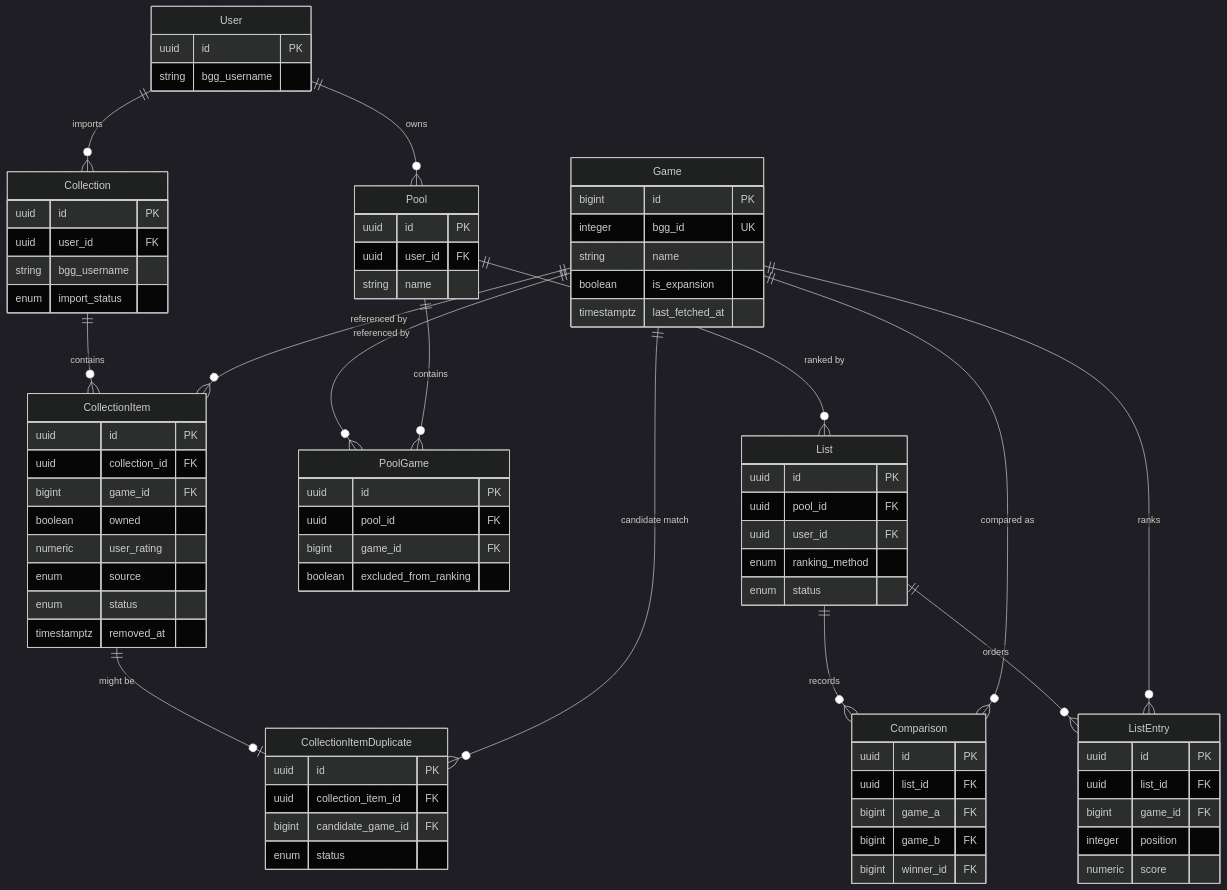
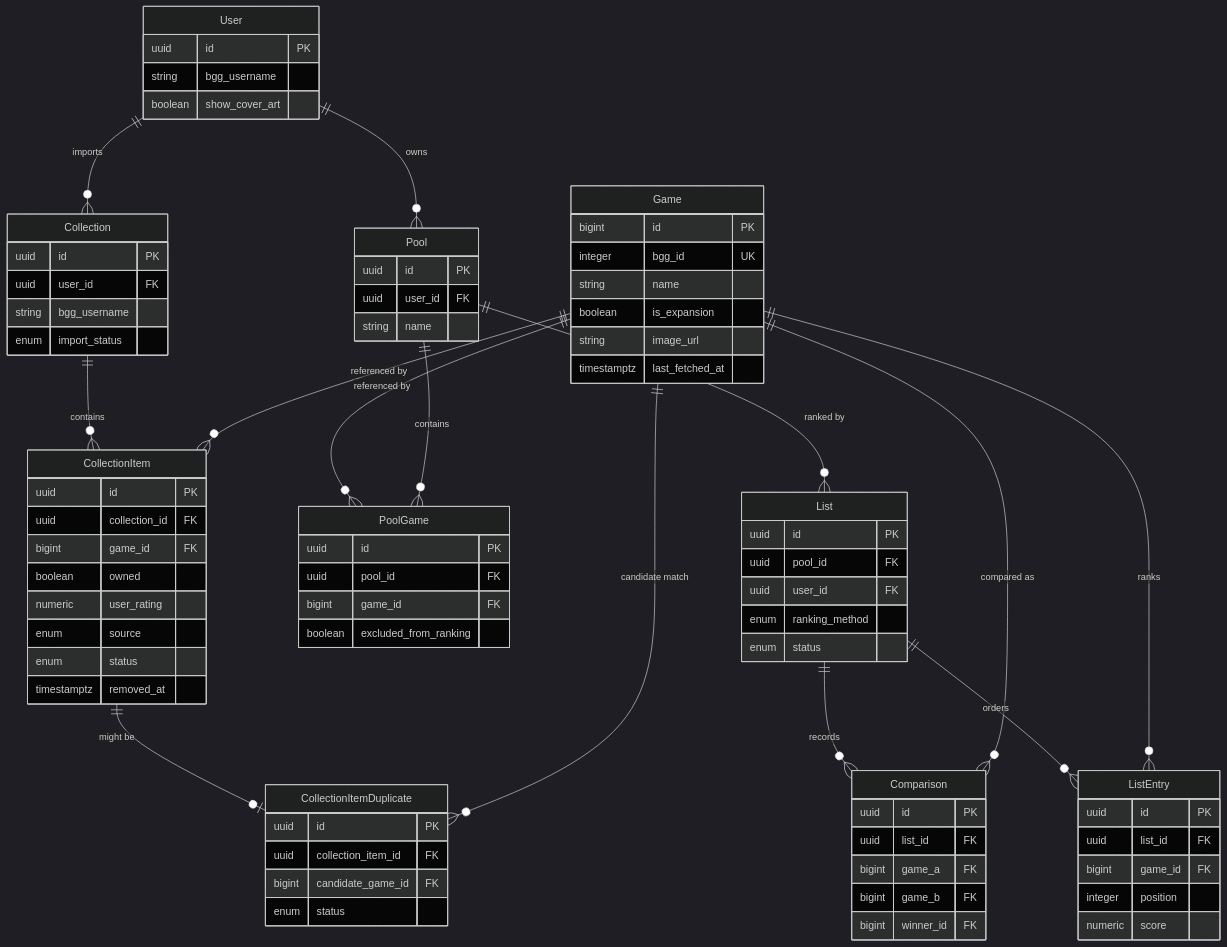
Before and after one commit to moui72/yet-another-rank-games: the first of 3 diagrams in README.md, drawn with Mermaid (dark theme). The commit also changed other lines of this file and 3 other files, not shown here.

First line of the commit message:
Post-ship follow-up for bgg-cover-art-and-card-view: defects, diagrams, refine

```diff
--- a/README.md
+++ b/README.md
@@ -82,12 +82,14 @@
     User {
         uuid id PK
         string bgg_username
+        boolean show_cover_art
     }
     Game {
         bigint id PK
         integer bgg_id UK
         string name
         boolean is_expansion
+        string image_url
         timestamptz last_fetched_at
     }
     Collection {
```
